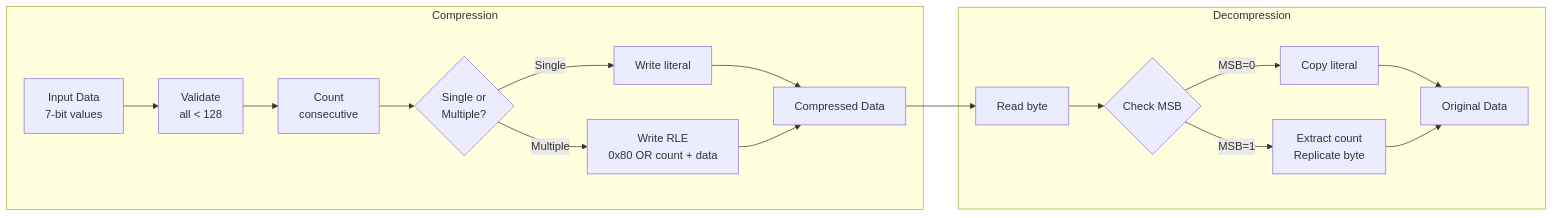
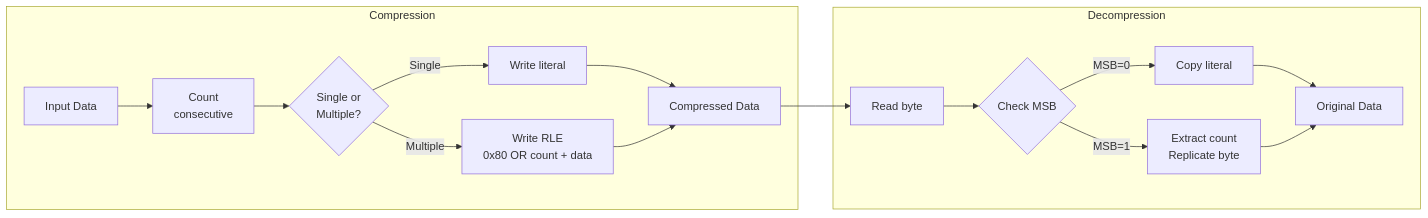
The third of 6 diagrams in FLOWCHART_MERMAID.md (ngvanhak49/simple_compress), drawn with Mermaid before and after one commit. The commit also changed other lines of this file and 2 other files, not shown here.

````diff
--- a/FLOWCHART_MERMAID.md
+++ b/FLOWCHART_MERMAID.md
@@ -66,21 +52,20 @@
 ```mermaid
 flowchart LR
     subgraph Compression
-        A[Input Data<br/>7-bit values] --> B[Validate<br/>all < 128]
-        B --> C[Count<br/>consecutive]
+        A[Input Data] --> C[Count<br/>consecutive]
         C --> D{Single or<br/>Multiple?}
         D -->|Single| E[Write literal]
         D -->|Multiple| F[Write RLE<br/>0x80 OR count + data]
         E --> G[Compressed Data]
         F --> G
     end
     
     subgraph Decompression
         G --> H[Read byte]
         H --> I{Check MSB}
         I -->|MSB=0| J[Copy literal]
         I -->|MSB=1| K[Extract count<br/>Replicate byte]
         J --> L[Original Data]
         K --> L
     end
 ```
````
